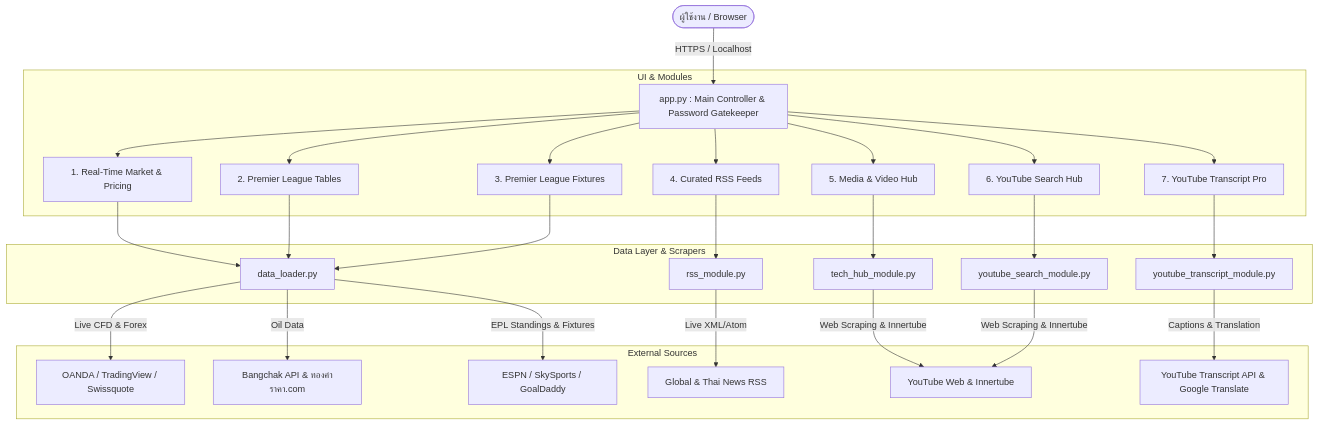
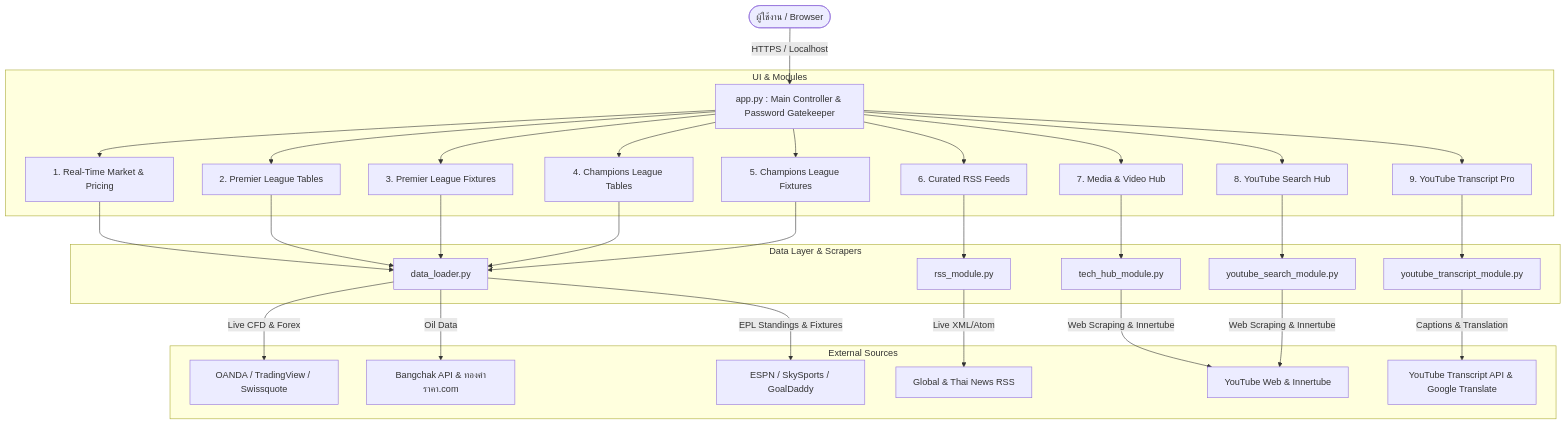
The diagram in README.md (cocare19/newsl), drawn with Mermaid before and after one commit. The commit also changed other lines of this file and 7 other files, not shown here.

Commit message:
feat: Add Champions League Standings & Fixtures, resilient fallback, and responsive UI polish

````diff
--- a/README.md
+++ b/README.md
@@ -32,31 +32,33 @@
 ```mermaid
 graph TD
     User([ผู้ใช้งาน / Browser]) -->|HTTPS / Localhost| App[app.py : Main Controller & Password Gatekeeper]
     
     subgraph UI & Modules
         App --> M1[1. Real-Time Market & Pricing]
         App --> M2[2. Premier League Tables]
         App --> M3[3. Premier League Fixtures]
-        App --> M4[4. Curated RSS Feeds]
-        App --> M5[5. Media & Video Hub]
-        App --> M6[6. YouTube Search Hub]
-        App --> M7[7. YouTube Transcript Pro]
+        App --> M4[4. Champions League Tables]
+        App --> M5[5. Champions League Fixtures]
+        App --> M6[6. Curated RSS Feeds]
+        App --> M7[7. Media & Video Hub]
+        App --> M8[8. YouTube Search Hub]
+        App --> M9[9. YouTube Transcript Pro]
     end
 
     subgraph Data Layer & Scrapers
-        M1 & M2 & M3 --> DL[data_loader.py]
-        M4 --> RSS[rss_module.py]
-        M5 --> TH[tech_hub_module.py]
-        M6 --> YTS[youtube_search_module.py]
-        M7 --> YTT[youtube_transcript_module.py]
+        M1 & M2 & M3 & M4 & M5 --> DL[data_loader.py]
+        M6 --> RSS[rss_module.py]
+        M7 --> TH[tech_hub_module.py]
+        M8 --> YTS[youtube_search_module.py]
+        M9 --> YTT[youtube_transcript_module.py]
     end
 
     subgraph External Sources
         DL -->|Live CFD & Forex| OANDA[OANDA / TradingView / Swissquote]
         DL -->|Oil Data| Bangchak[Bangchak API & ทองคำราคา.com]
         DL -->|EPL Standings & Fixtures| EPL[ESPN / SkySports / GoalDaddy]
         RSS -->|Live XML/Atom| Feeds[Global & Thai News RSS]
         TH & YTS -->|Web Scraping & Innertube| YT[YouTube Web & Innertube]
         YTT -->|Captions & Translation| Trans[YouTube Transcript API & Google Translate]
     end
 ```
````
